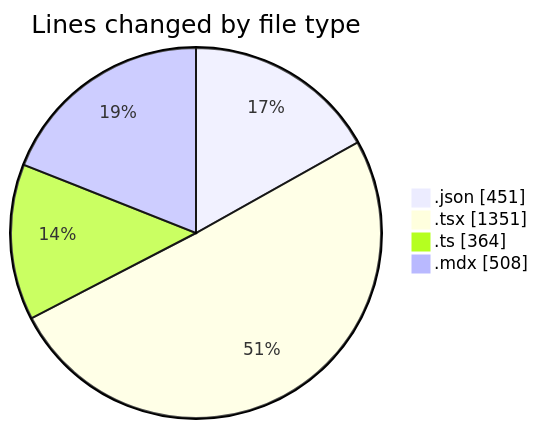
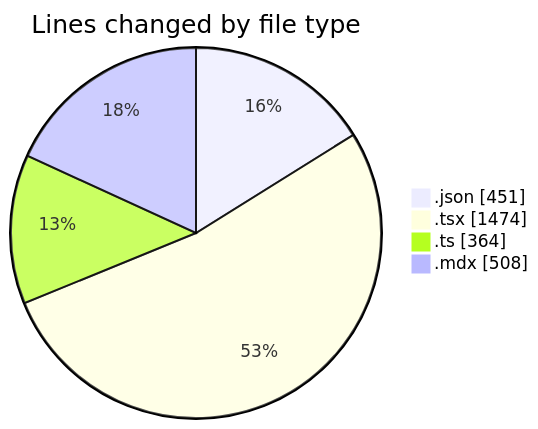
Before and after one commit to Elitesun/code-tracking: the first of 2 diagrams in 2025-05-01/niten/README.md, drawn with Mermaid. The commit also changed other lines of this file and 1 other file, not shown here.

````diff
--- a/2025-05-01/niten/README.md
+++ b/2025-05-01/niten/README.md
@@ -48,8 +49,8 @@
 ```mermaid
 pie showData
 title Lines changed by file type
 ".json" : 451
-".tsx" : 1351
+".tsx" : 1474
 ".ts" : 364
 ".mdx" : 508
 ```
````
